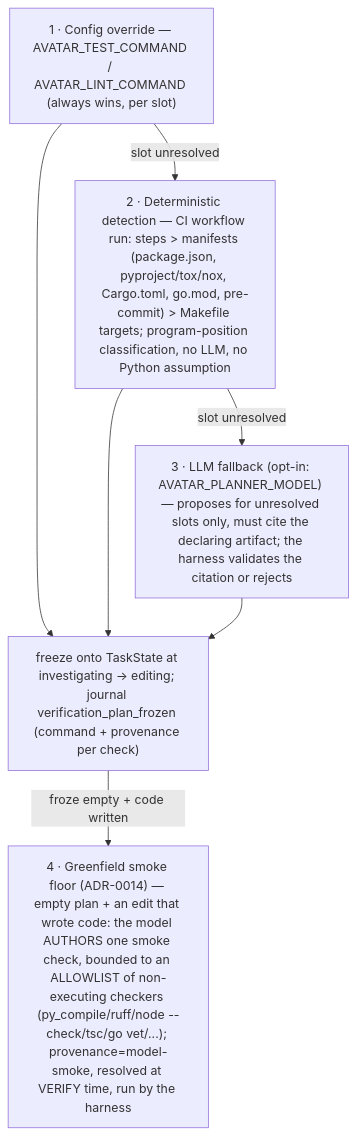
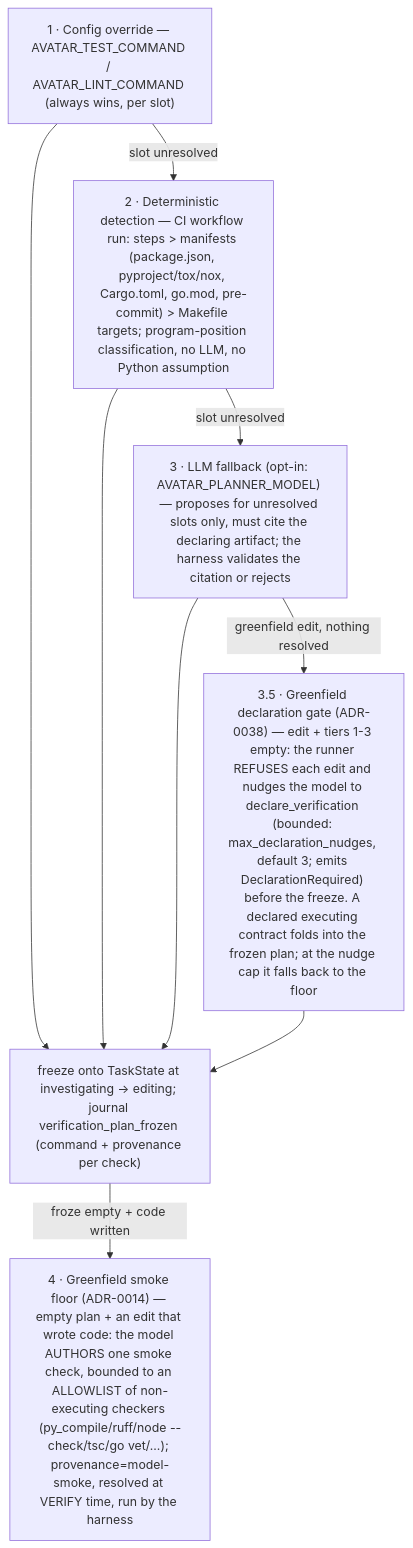
Before and after one commit to codexceed/avatar-harness: the seventh of 8 diagrams in ARCHITECTURE.md, drawn with Mermaid. The commit also changed other lines of this file and 132 other files, not shown here.

First line of the commit message:
feat(verification): model-declared verification contract — ADRs 0038-0040/0042 + implementation, cockpit amendment approval, adjacent runner/docs hardening (#106)

````diff
--- a/ARCHITECTURE.md
+++ b/ARCHITECTURE.md
@@ -266,13 +268,16 @@
 ```mermaid
 flowchart TD
     CO["1 · Config override — AVATAR_TEST_COMMAND / AVATAR_LINT_COMMAND (always wins, per slot)"]
     DET["2 · Deterministic detection — CI workflow run: steps > manifests (package.json, pyproject/tox/nox, Cargo.toml, go.mod, pre-commit) > Makefile targets; program-position classification, no LLM, no Python assumption"]
     LLM["3 · LLM fallback (opt-in: AVATAR_PLANNER_MODEL) — proposes for unresolved slots only, must cite the declaring artifact; the harness validates the citation or rejects"]
     FRZ["freeze onto TaskState at investigating → editing; journal verification_plan_frozen (command + provenance per check)"]
+    DECL["3.5 · Greenfield declaration gate (ADR-0038) — edit + tiers 1-3 empty: the runner REFUSES each edit and nudges the model to declare_verification (bounded: max_declaration_nudges, default 3; emits DeclarationRequired) before the freeze. A declared executing contract folds into the frozen plan; at the nudge cap it falls back to the floor"]
     SMK["4 · Greenfield smoke floor (ADR-0014) — empty plan + an edit that wrote code: the model AUTHORS one smoke check, bounded to an ALLOWLIST of non-executing checkers (py_compile/ruff/node --check/tsc/go vet/...); provenance=model-smoke, resolved at VERIFY time, run by the harness"]
     CO -->|slot unresolved| DET -->|slot unresolved| LLM
     CO --> FRZ
     DET --> FRZ
     LLM --> FRZ
+    LLM -->|greenfield edit, nothing resolved| DECL
+    DECL --> FRZ
     FRZ -->|froze empty + code written| SMK
 ```
````
